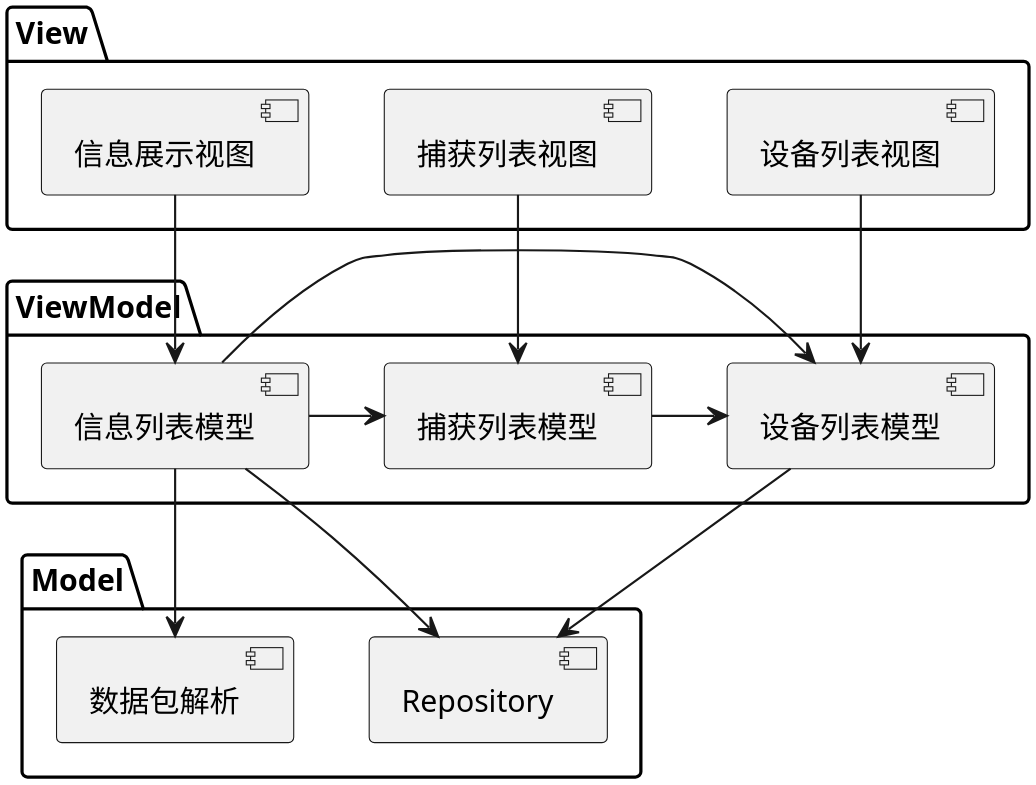
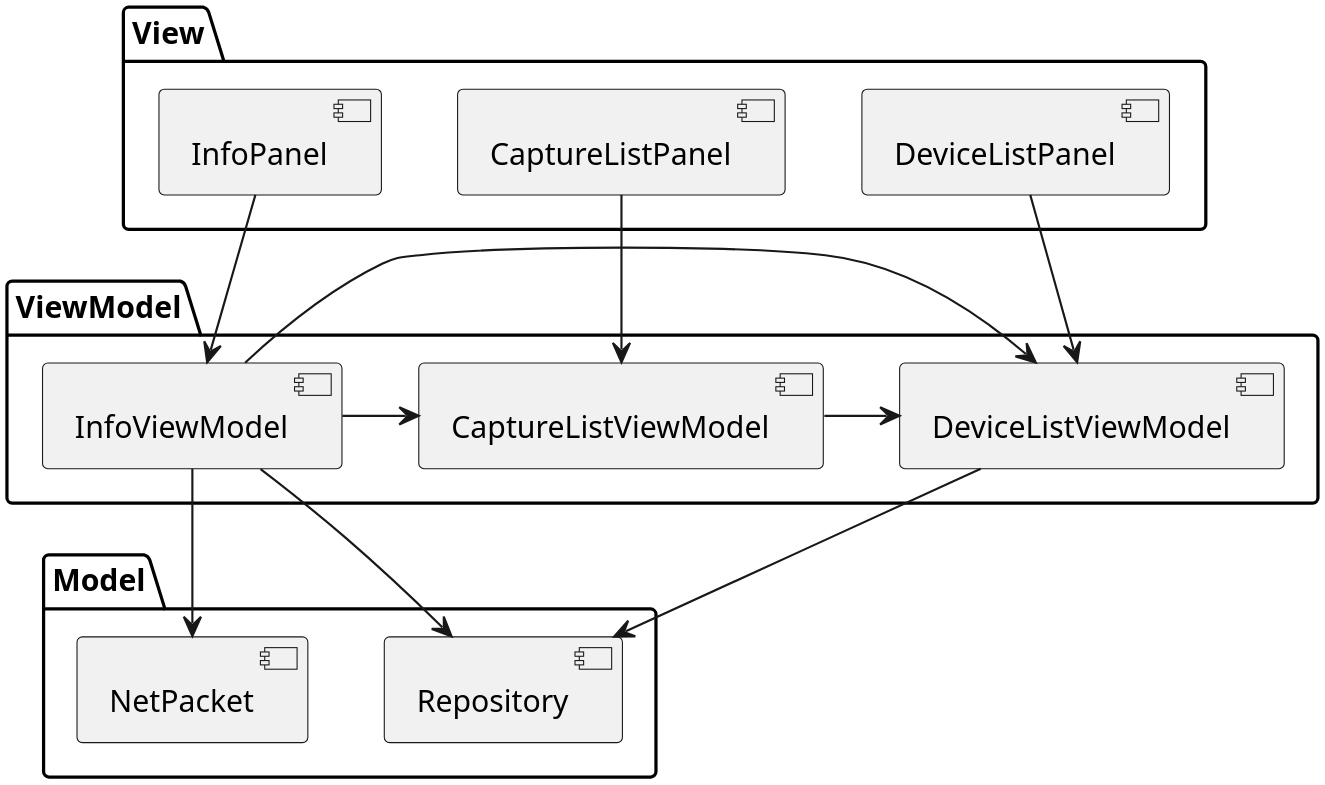
One commit to Baymax104/icmpv6-parser changed the diagram in Icmpv6/doc/SystemComponent.puml. Above: the diagram before and after it, drawn with PlantUML. The commit also changed 18 other files, not shown here.

Commit message:
修改README，删除多余文档图片

```diff
--- a/Icmpv6/doc/SystemComponent.puml
+++ b/Icmpv6/doc/SystemComponent.puml
@@ -1,36 +1,36 @@
 @startuml
 'https://plantuml.com/component-diagram
 
 skinparam dpi 300
 
 package View {
-    component 设备列表视图 as DeviceListView
-    component 捕获列表视图 as CaptureListView
-    component 信息展示视图 as InfoView
+    component DeviceListPanel
+    component CaptureListPanel
+    component InfoPanel
 }
 
 package ViewModel {
-    component 设备列表模型 as DeviceListViewModel
-    component 捕获列表模型 as CaptureListViewModel
-    component 信息列表模型 as InfoViewModel
+    component DeviceListViewModel
+    component CaptureListViewModel
+    component InfoViewModel
 }
 
 package Model {
-    component 数据包解析 as PacketParse
+    component NetPacket
     component Repository
 }
 
-DeviceListView --> DeviceListViewModel
-CaptureListView --> CaptureListViewModel
-InfoView --> InfoViewModel
+DeviceListPanel --> DeviceListViewModel
+CaptureListPanel --> CaptureListViewModel
+InfoPanel --> InfoViewModel
 
 CaptureListViewModel -> DeviceListViewModel
 InfoViewModel -> DeviceListViewModel
 InfoViewModel -> CaptureListViewModel
 
-InfoViewModel--> PacketParse
+InfoViewModel--> NetPacket
 InfoViewModel --> Repository
 DeviceListViewModel --> Repository
 
 
 @enduml
```
